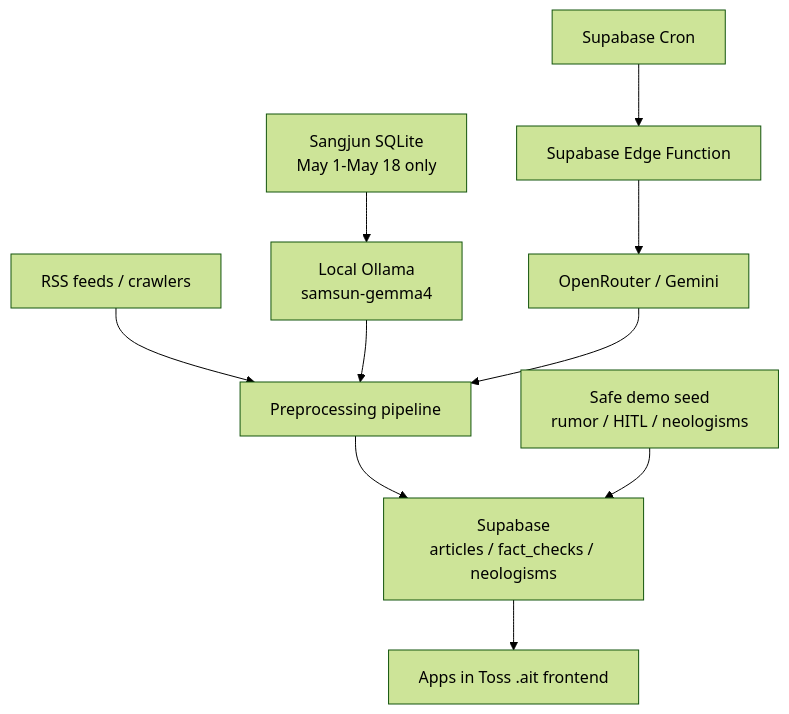
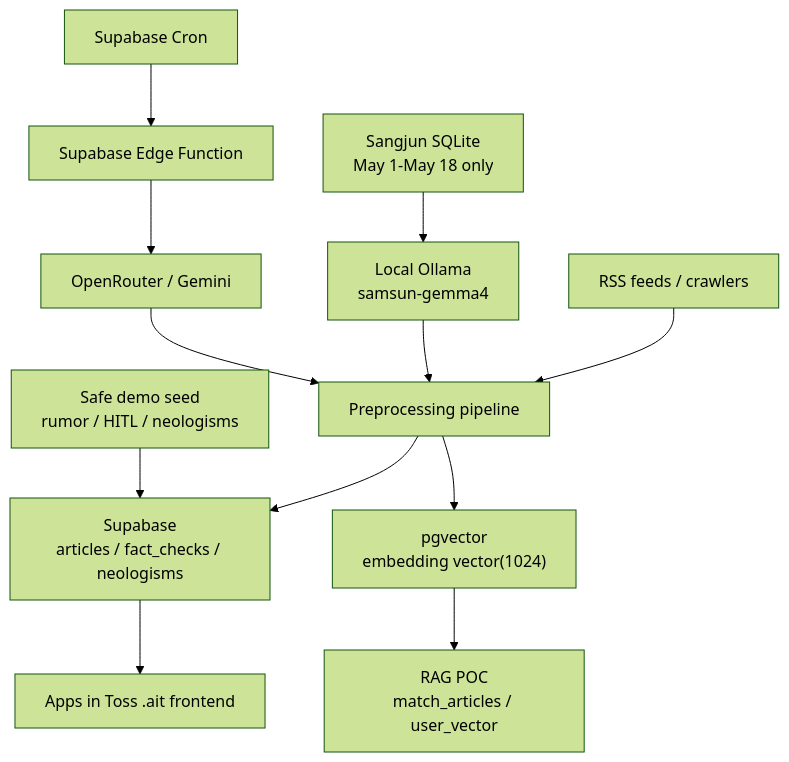
The diagram in README.md (choco112167-art/Samsun-Final-Project), drawn with Mermaid (forest theme) before and after one commit. The commit also changed other lines of this file and 9 other files, not shown here.

````diff
--- a/README.md
+++ b/README.md
@@ -41,12 +42,14 @@
 ```mermaid
 flowchart TD
   RSS["RSS feeds / crawlers"] --> PIPE["Preprocessing pipeline"]
   SQL["Sangjun SQLite<br/>May 1-May 18 only"] --> OLLAMA["Local Ollama<br/>samsun-gemma4"]
   OLLAMA --> PIPE
   CRON["Supabase Cron"] --> EDGE["Supabase Edge Function"]
   EDGE --> CLOUD["OpenRouter / Gemini"]
   CLOUD --> PIPE
   PIPE --> SB["Supabase<br/>articles / fact_checks / neologisms"]
+  PIPE --> VEC["pgvector<br/>embedding vector(1024)"]
+  VEC --> RAG["RAG POC<br/>match_articles / user_vector"]
   DEMO["Safe demo seed<br/>rumor / HITL / neologisms"] --> SB
   SB --> AIT["Apps in Toss .ait frontend"]
 ```
````
